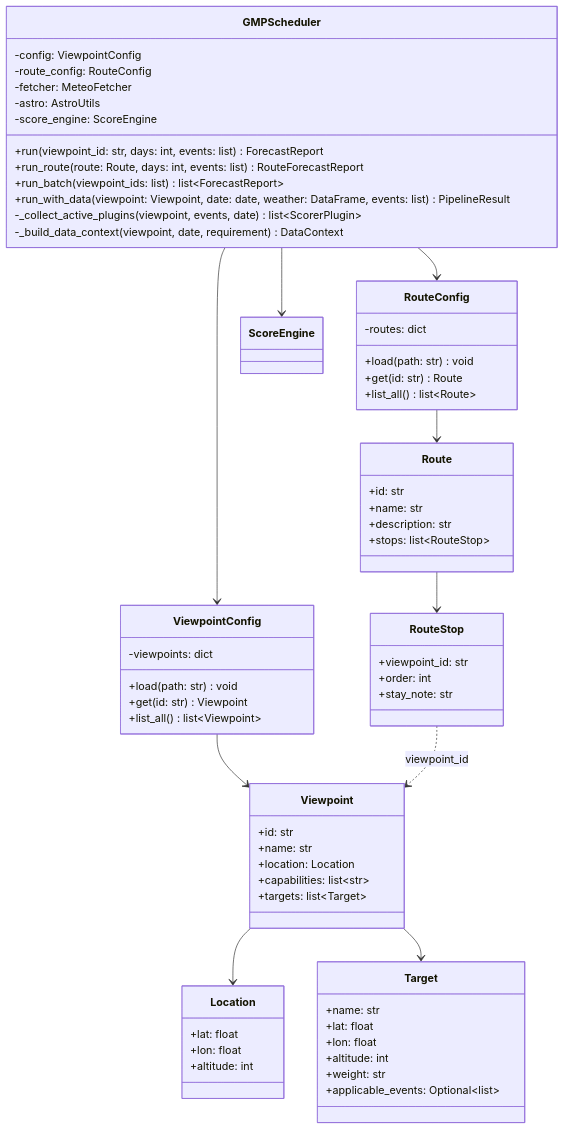
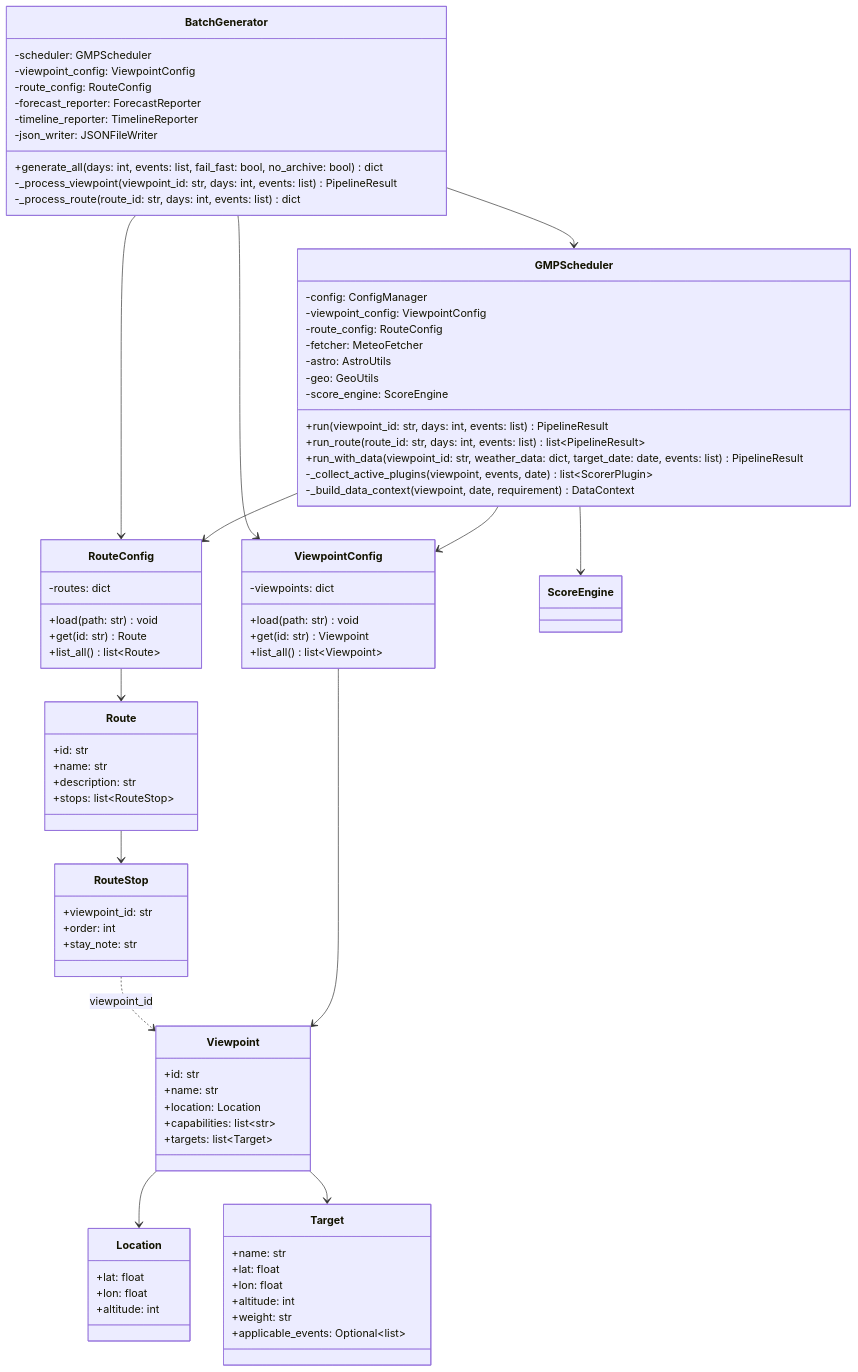
Before and after one commit to mpb159753/golden-moment-predictor: the first of 12 diagrams in design/06-class-sequence.md, drawn with Mermaid. The commit also changed 42 other files, not shown here.

````diff
--- a/design/06-class-sequence.md
+++ b/design/06-class-sequence.md
@@ -5,17 +5,30 @@
 ```mermaid
 classDiagram
     class GMPScheduler {
-        -config: ViewpointConfig
+        -config: ConfigManager
+        -viewpoint_config: ViewpointConfig
         -route_config: RouteConfig
         -fetcher: MeteoFetcher
         -astro: AstroUtils
+        -geo: GeoUtils
         -score_engine: ScoreEngine
-        +run(viewpoint_id: str, days: int, events: list) ForecastReport
-        +run_route(route: Route, days: int, events: list) RouteForecastReport
-        +run_batch(viewpoint_ids: list) list~ForecastReport~
-        +run_with_data(viewpoint: Viewpoint, date: date, weather: DataFrame, events: list) PipelineResult
+        +run(viewpoint_id: str, days: int, events: list) PipelineResult
+        +run_route(route_id: str, days: int, events: list) list~PipelineResult~
+        +run_with_data(viewpoint_id: str, weather_data: dict, target_date: date, events: list) PipelineResult
         -_collect_active_plugins(viewpoint, events, date) list~ScorerPlugin~
         -_build_data_context(viewpoint, date, requirement) DataContext
+    }
+
+    class BatchGenerator {
+        -scheduler: GMPScheduler
+        -viewpoint_config: ViewpointConfig
+        -route_config: RouteConfig
+        -forecast_reporter: ForecastReporter
+        -timeline_reporter: TimelineReporter
+        -json_writer: JSONFileWriter
+        +generate_all(days: int, events: list, fail_fast: bool, no_archive: bool) dict
+        -_process_viewpoint(viewpoint_id: str, days: int, events: list) PipelineResult
+        -_process_route(route_id: str, days: int, events: list) dict
     }
 
     class ViewpointConfig {
@@ -71,6 +84,9 @@
     GMPScheduler --> ViewpointConfig
     GMPScheduler --> RouteConfig
     GMPScheduler --> ScoreEngine
+    BatchGenerator --> GMPScheduler
+    BatchGenerator --> ViewpointConfig
+    BatchGenerator --> RouteConfig
     ViewpointConfig --> Viewpoint
     RouteConfig --> Route
     Route --> RouteStop
````
